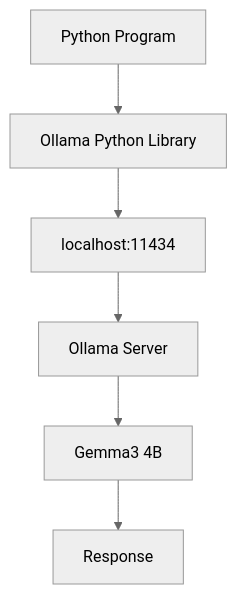
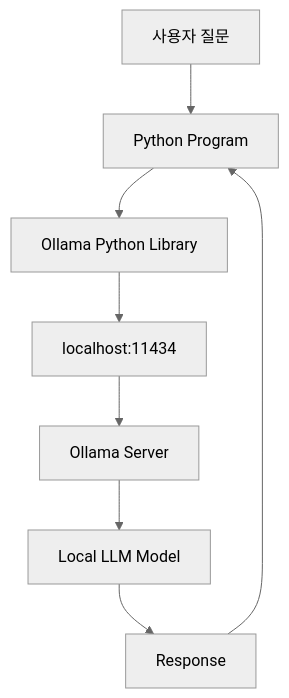
The diagram in docs/study/step1/Step1-3_Python_Virtual_Environment_and_Ollama_Guide.md (Team-AI-Data-Platform/AI-Data-Platform), drawn with Mermaid (neutral theme) before and after one commit. The commit also changed other lines of this file and 1 other file, not shown here.

````diff
--- a/docs/study/step1/Step1-3_Python_Virtual_Environment_and_Ollama_Guide.md
+++ b/docs/study/step1/Step1-3_Python_Virtual_Environment_and_Ollama_Guide.md
@@ -420,17 +375,10 @@
 ```mermaid
-
 flowchart TD
-
-A[Python Program]
-
---> B[Ollama Python Library]
-
-B --> C[localhost:11434]
-
-C --> D[Ollama Server]
-
-D --> E[Gemma3 4B]
-
-E --> F[Response]
-
+    A[사용자 질문] --> B[Python Program]
+    B --> C[Ollama Python Library]
+    C --> D[localhost:11434]
+    D --> E[Ollama Server]
+    E --> F[Local LLM Model]
+    F --> G[Response]
+    G --> B
 ```
````
